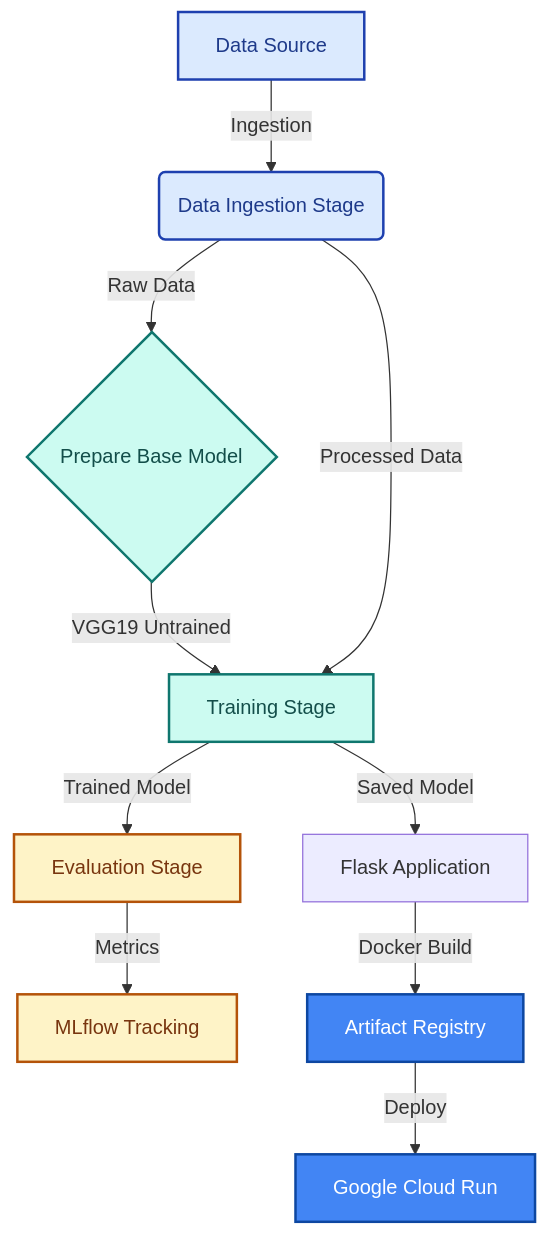
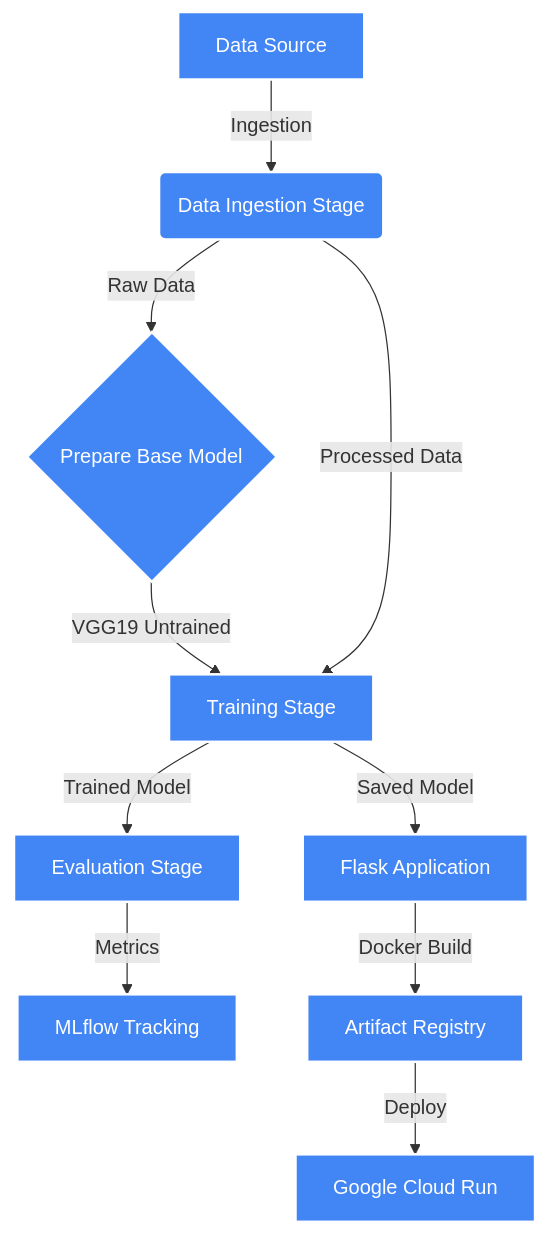
The diagram in README.md (DarkFoot101/Brain-Tumor-Analysis-MLOps), drawn with Mermaid before and after one commit.

Commit message:
readme updated

````diff
--- a/README.md
+++ b/README.md
@@ -58,30 +58,26 @@
 ```mermaid
 graph TD
     A[Data Source] -->|Ingestion| B(Data Ingestion Stage)
     B -->|Raw Data| C{Prepare Base Model}
     C -->|VGG19 Untrained| D[Training Stage]
     B -->|Processed Data| D
     D -->|Trained Model| E[Evaluation Stage]
     E -->|Metrics| F[MLflow Tracking]
     D -->|Saved Model| G[Flask Application]
     G -->|Docker Build| H[Artifact Registry]
     H -->|Deploy| I[Google Cloud Run]
 
-    %% Styling - Modern Professional Palette
-    %% Data: Clean Blues
-    classDef data fill:#dbeafe,stroke:#1e40af,stroke-width:2px,color:#1e3a8a
-    %% Process: Teals/Cyans
-    classDef process fill:#ccfbf1,stroke:#0f766e,stroke-width:2px,color:#134e4a
-    %% Model/Evaluation: Warm Amber/Oranges
-    classDef model fill:#fef3c7,stroke:#b45309,stroke-width:2px,color:#78350f
-    %% Deploy: Indigos/Purples
-    classDef deploy fill:#e0e7ff,stroke:#3730a3,stroke-width:2px,color:#312e81
-    %% GCP: Standard Google Blue
-    classDef gcp fill:#4285F4,stroke:#0d47a1,stroke-width:2px,color:#fff
+    %% Styling - Uniform Blue Palette based on the provided image
+    %% All boxes are now blue with white text and white borders.
+    classDef data fill:#4285F4,stroke:#fff,stroke-width:2px,color:#fff
+    classDef process fill:#4285F4,stroke:#fff,stroke-width:2px,color:#fff
+    classDef model fill:#4285F4,stroke:#fff,stroke-width:2px,color:#fff
+    classDef deploy fill:#4285F4,stroke:#fff,stroke-width:2px,color:#fff
+    classDef gcp fill:#4285F4,stroke:#fff,stroke-width:2px,color:#fff
 
     class A,B data
     class C,D process
     class E,F model
-    class G deplo
+    class G deploy
     class H,I gcp
 ```
````
